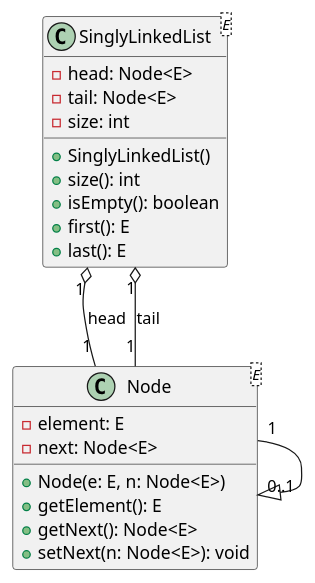
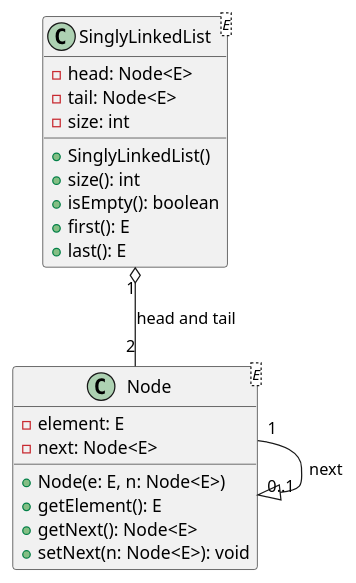
Before and after one commit to ruslylove/datastruct: the third of 10 diagrams in lectures/lect-3-Singly-Linked-List.md, drawn with PlantUML. The commit also changed other lines of this file, not shown here.

Commit message:
update linked list diagram.

````diff
--- a/lectures/lect-3-Singly-Linked-List.md
+++ b/lectures/lect-3-Singly-Linked-List.md
@@ -226,32 +226,31 @@
 ```plantuml {scale:0.7}
 
 @startuml
 ' Define the main class for the singly linked list
 class SinglyLinkedList<E> {
   - head: Node<E>
   - tail: Node<E>
   - size: int
   + SinglyLinkedList()
   + size(): int
   + isEmpty(): boolean
   + first(): E
   + last(): E
   ' Add other public methods like addFirst, addLast, etc.
 }
 
 ' Define the nested Node class
 class Node<E> {
   - element: E
   - next: Node<E>
   + Node(e: E, n: Node<E>)
   + getElement(): E
   + getNext(): Node<E>
   + setNext(n: Node<E>): void
 }
 
-SinglyLinkedList "1" o-- "1" Node : "head"
-SinglyLinkedList "1" o-- "1" Node : "tail"
-Node "1" --|> "0..1" Node
+SinglyLinkedList "1" o-- "2" Node : head and tail
+Node "1" --|> "0..1" Node : next
 @enduml
 
 ```
````
